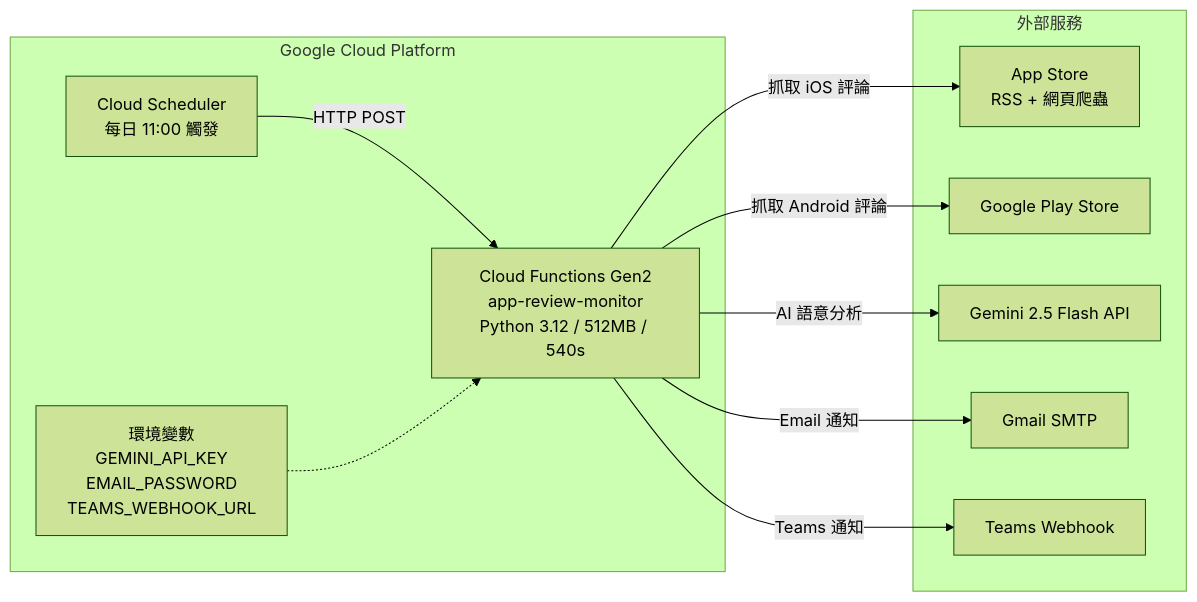
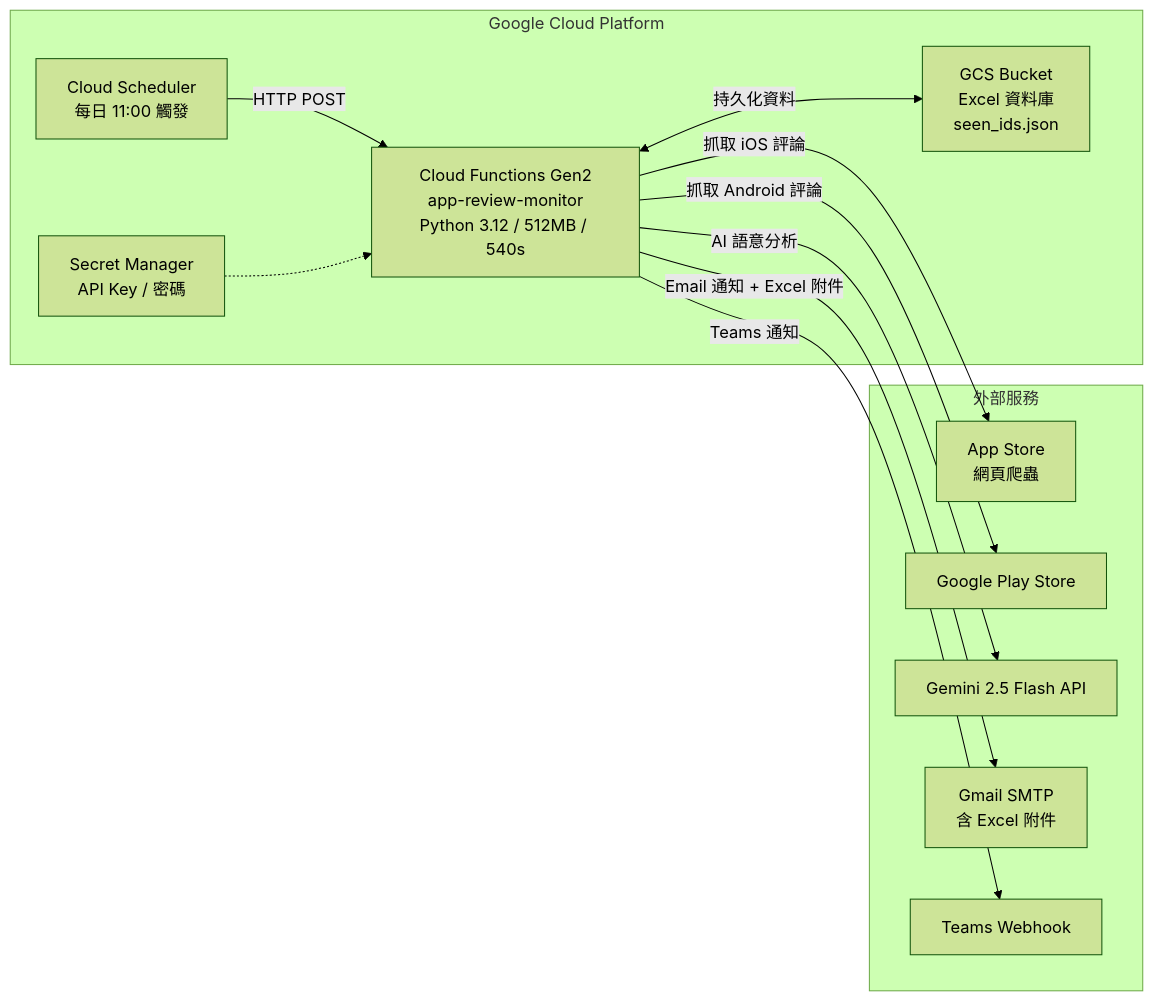
One commit to a9181873/App_review_monitoring changed the diagram in DEPLOYMENT_GUIDE.md. Above: the diagram before and after it, drawn with Mermaid (forest theme). The commit also changed other lines of this file and 1 other file, not shown here.

Commit message:
docs: update README & DEPLOYMENT_GUIDE with GCS storage, email attachments, cold start protection

````diff
--- a/DEPLOYMENT_GUIDE.md
+++ b/DEPLOYMENT_GUIDE.md
@@ -9,24 +9,26 @@
 ```mermaid
 graph LR
     subgraph GCP["Google Cloud Platform"]
         Scheduler["Cloud Scheduler<br/>每日 11:00 觸發"]
         CF["Cloud Functions Gen2<br/>app-review-monitor<br/>Python 3.12 / 512MB / 540s"]
-        EnvVars["環境變數<br/>GEMINI_API_KEY<br/>EMAIL_PASSWORD<br/>TEAMS_WEBHOOK_URL"]
+        GCS["GCS Bucket<br/>Excel 資料庫<br/>seen_ids.json"]
+        Secrets["Secret Manager<br/>API Key / 密碼"]
     end
 
     subgraph External["外部服務"]
-        AppStore["App Store<br/>RSS + 網頁爬蟲"]
+        AppStore["App Store<br/>網頁爬蟲"]
         PlayStore["Google Play Store"]
         GeminiAPI["Gemini 2.5 Flash API"]
-        SMTP["Gmail SMTP"]
+        SMTP["Gmail SMTP<br/>含 Excel 附件"]
         TeamsWH["Teams Webhook"]
     end
 
     Scheduler -->|HTTP POST| CF
-    EnvVars -.-> CF
+    Secrets -.-> CF
+    CF <-->|持久化資料| GCS
     CF -->|抓取 iOS 評論| AppStore
     CF -->|抓取 Android 評論| PlayStore
     CF -->|AI 語意分析| GeminiAPI
-    CF -->|Email 通知| SMTP
+    CF -->|Email 通知 + Excel 附件| SMTP
     CF -->|Teams 通知| TeamsWH
 ```
````
